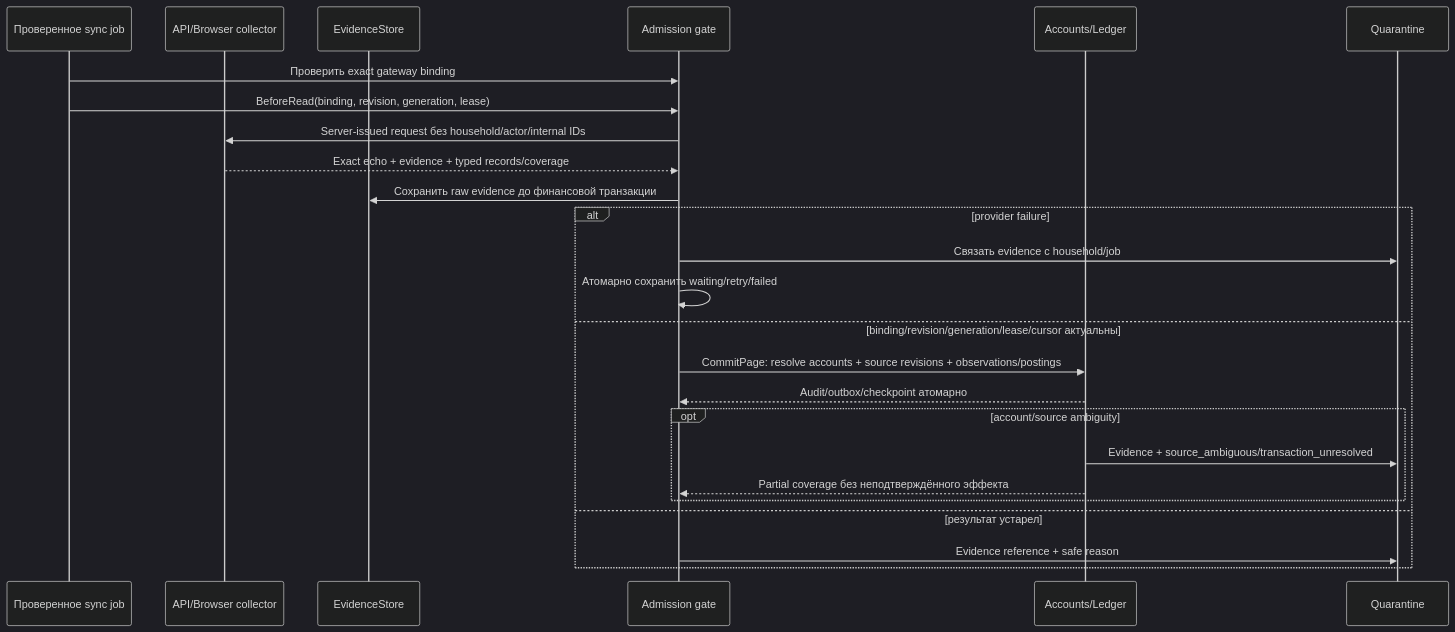
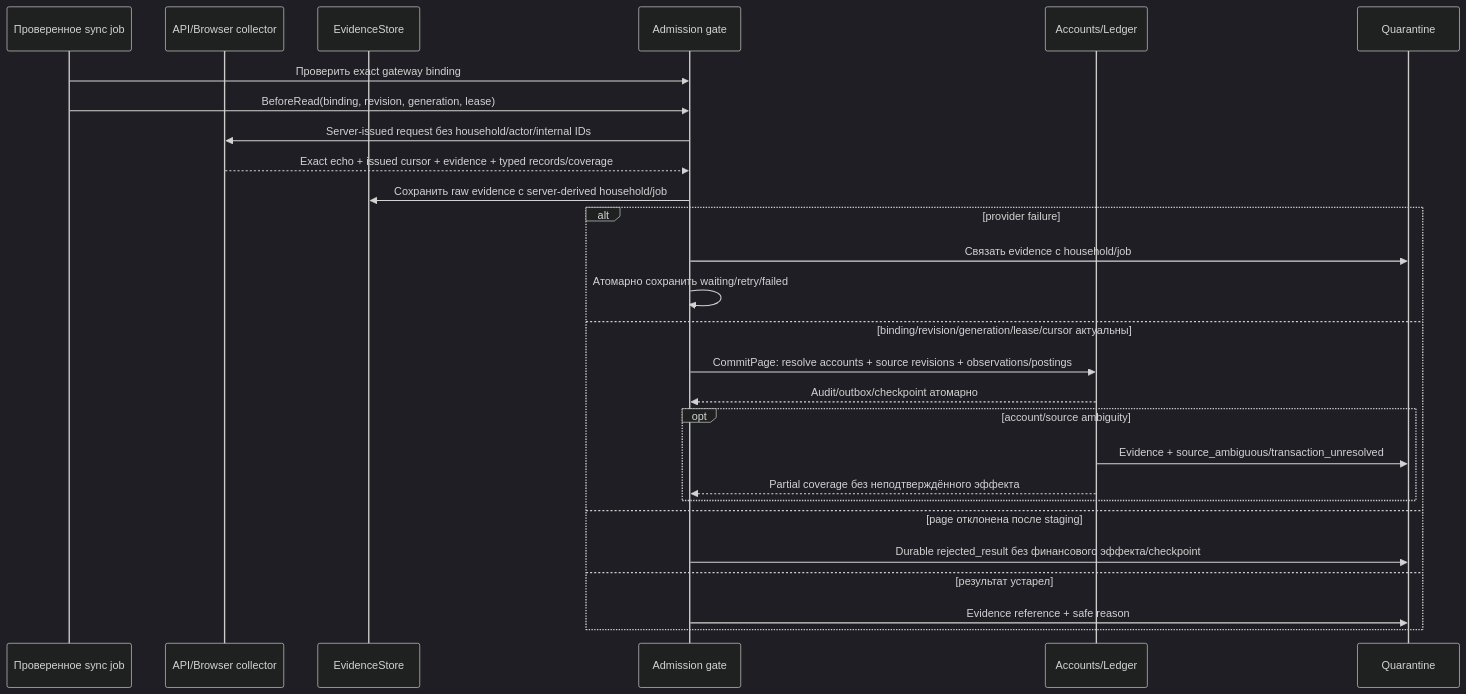
Before and after one commit to pchkauu/want-keep: the seventh of 7 diagrams in spec/001-want-keep-mvp/flows.md, drawn with Mermaid (dark theme). The commit also changed other lines of this file and 30 other files, not shown here.

````diff
--- a/spec/001-want-keep-mvp/flows.md
+++ b/spec/001-want-keep-mvp/flows.md
@@ -133,27 +133,29 @@
 ```mermaid
 sequenceDiagram
   participant J as Проверенное sync job
   participant C as API/Browser collector
   participant E as EvidenceStore
   participant G as Admission gate
   participant A as Accounts/Ledger
   participant Q as Quarantine
   J->>G: Проверить exact gateway binding
   J->>G: BeforeRead(binding, revision, generation, lease)
   G->>C: Server-issued request без household/actor/internal IDs
-  C-->>G: Exact echo + evidence + typed records/coverage
-  G->>E: Сохранить raw evidence до финансовой транзакции
+  C-->>G: Exact echo + issued cursor + evidence + typed records/coverage
+  G->>E: Сохранить raw evidence с server-derived household/job
   alt provider failure
     G->>Q: Связать evidence с household/job
     G->>G: Атомарно сохранить waiting/retry/failed
   else binding/revision/generation/lease/cursor актуальны
     G->>A: CommitPage: resolve accounts + source revisions + observations/postings
     A-->>G: Audit/outbox/checkpoint атомарно
     opt account/source ambiguity
       A->>Q: Evidence + source_ambiguous/transaction_unresolved
       A-->>G: Partial coverage без неподтверждённого эффекта
     end
+  else page отклонена после staging
+    G->>Q: Durable rejected_result без финансового эффекта/checkpoint
   else результат устарел
     G->>Q: Evidence reference + safe reason
   end
 ```
````
